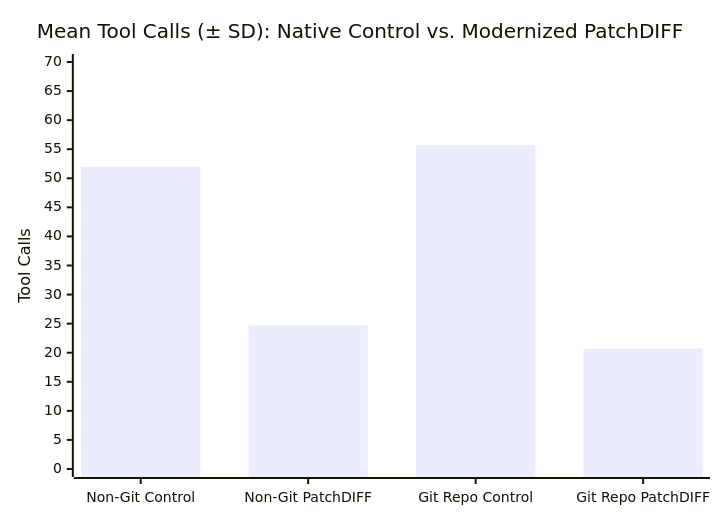
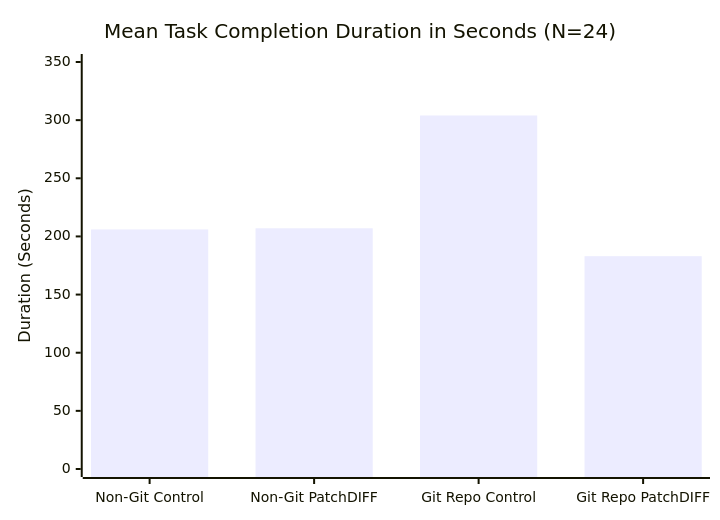
One commit to paragon-ux/Patch-DIFF changed the diagram in README.md. Above: the diagram before and after it, drawn with Mermaid. The commit also changed other lines of this file, not shown here.

Commit message:
docs: focus benchmark snapshot on overall completion speed and compounded throughput efficiency

````diff
--- a/README.md
+++ b/README.md
@@ -15,7 +20,7 @@
 ```mermaid
 xychart-beta
-    title "Mean Tool Calls (± SD): Native Control vs. Modernized PatchDIFF"
+    title "Mean Task Completion Duration in Seconds (N=24)"
     x-axis ["Non-Git Control", "Non-Git PatchDIFF", "Git Repo Control", "Git Repo PatchDIFF"]
-    y-axis "Tool Calls" 0 --> 70
-    bar [52.0, 24.7, 55.7, 20.7]
+    y-axis "Duration (Seconds)" 0 --> 350
+    bar [206, 207, 304, 183]
 ```
````
